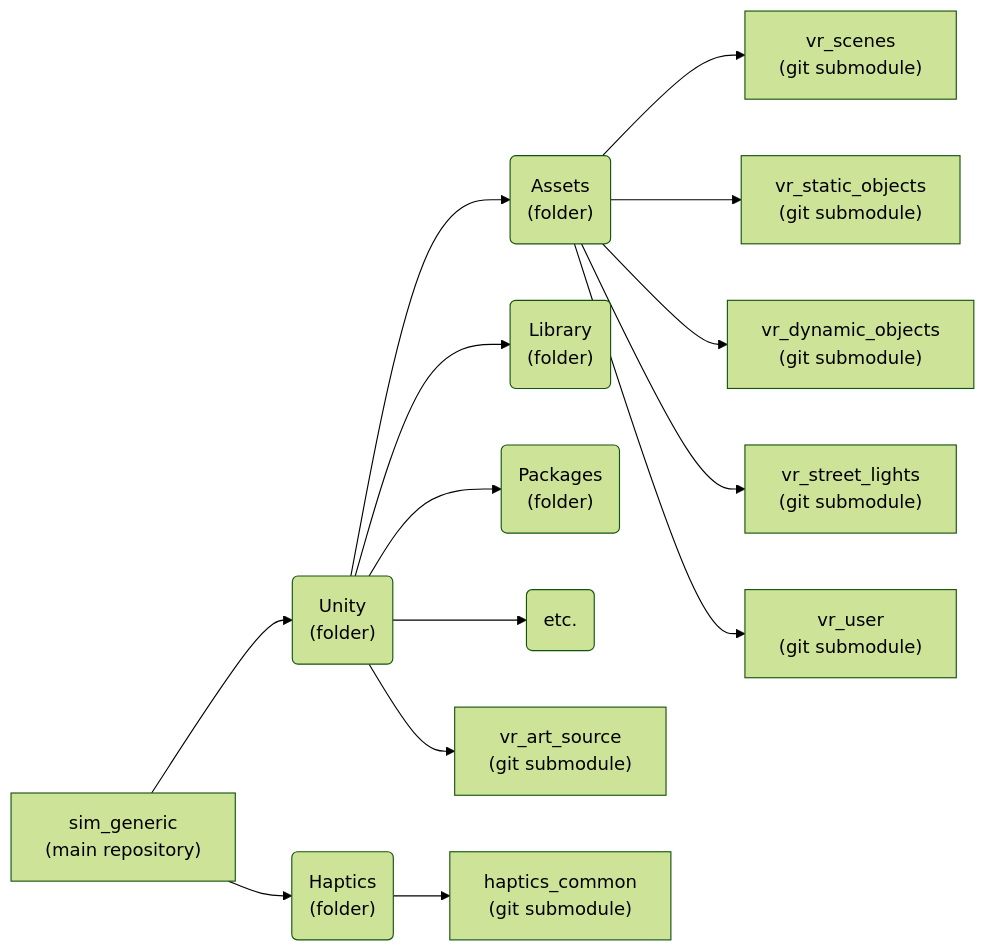
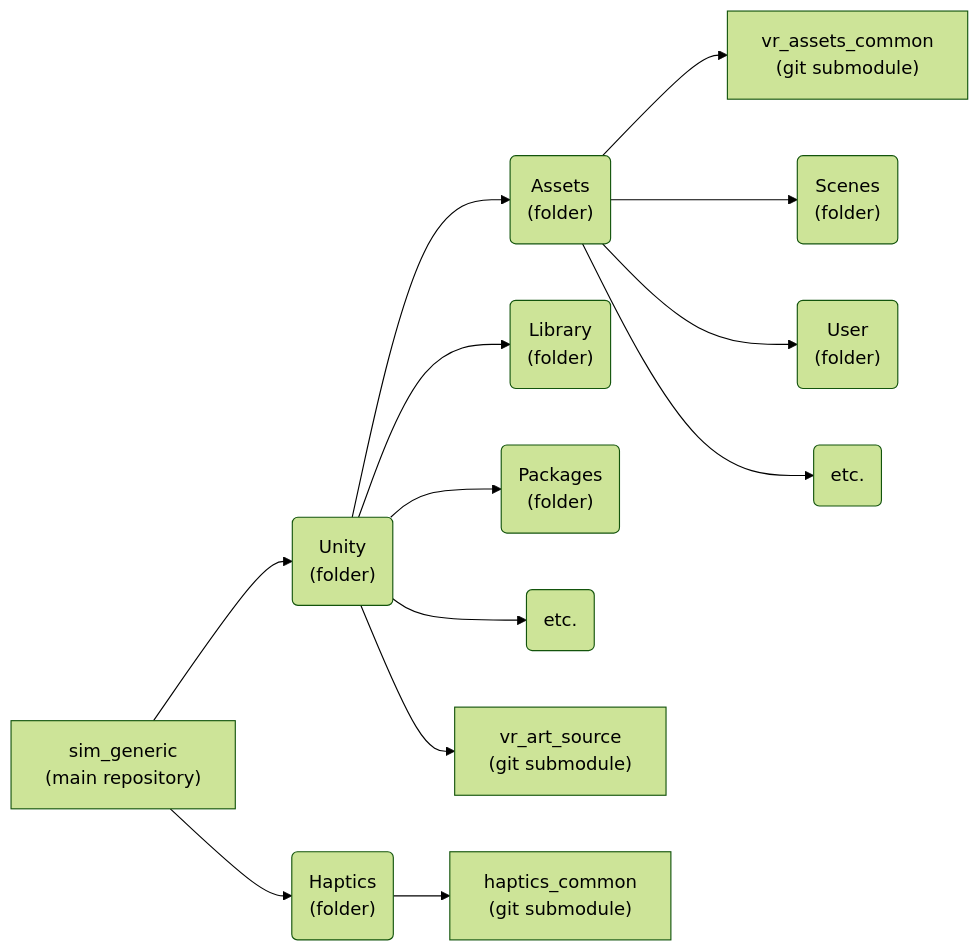
Before and after one commit to WheelSims/wheelsims_doc: the second of 2 diagrams in Overview.md, drawn with Mermaid (forest theme). The commit also changed other lines of this file, not shown here.

Commit message:
Update Overview.md to match the simplification to assets submodules

````diff
--- a/Overview.md
+++ b/Overview.md
@@ -53,43 +53,41 @@
 ```mermaid
 flowchart LR
 
 sim_generic["sim_generic<br/>(main repository)"]
 
 unity("Unity<br/>(folder)")
 assets("Assets<br/>(folder)")
 unity2("Library<br/>(folder)")
 unity3("Packages<br/>(folder)")
 unity4("etc.")
 
-vr_scenes["vr_scenes<br/>(git submodule)"]
-vr_static_objects["vr_static_objects<br/>(git submodule)"]
-vr_dynamic_objects["vr_dynamic_objects<br/>(git submodule)"]
-vr_street_lights["vr_street_lights<br/>(git submodule)"]
-vr_user["vr_user<br/>(git submodule)"]
+vr_assets_common["vr_assets_common<br/>(git submodule)"]
 vr_art_source["vr_art_source<br/>(git submodule)"]
+
+scenes("Scenes<br/>(folder)")
+user("User<br/>(folder)")
+assets_etc("etc.")
 
 haptics("Haptics<br/>(folder)")
 
 haptics_common["haptics_common<br/>(git submodule)"]
 
 
 sim_generic --> unity
 unity --> assets
 unity --> vr_art_source
 unity --> unity2
 unity --> unity3
 unity --> unity4
 
-assets --> vr_scenes
-assets --> vr_static_objects
-assets --> vr_dynamic_objects
-assets --> vr_street_lights
-assets --> vr_user
-
+assets --> vr_assets_common
+assets --> scenes
+assets --> user
+assets --> assets_etc
 
 sim_generic --> haptics
 
 haptics --> haptics_common
 
 
 ```
````
